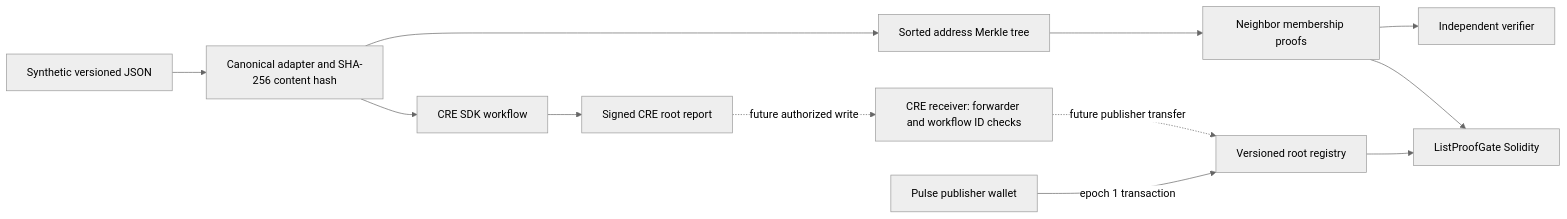
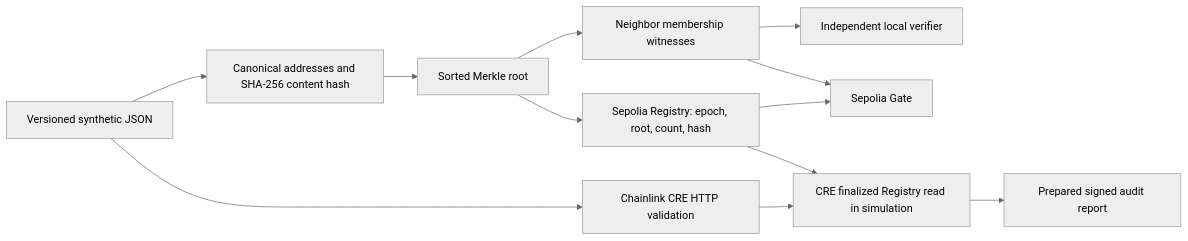
The first of 2 diagrams in README.md (chapaevv123/listproof), drawn with Mermaid (neutral theme) before and after one commit. The commit also changed other lines of this file and 17 other files, not shown here.

Commit message:
Ship verifiable ListProof evidence, CRE audit, and judge docs

````diff
--- a/README.md
+++ b/README.md
@@ -24,14 +19,14 @@
 ```mermaid
 flowchart LR
-  A[Synthetic versioned JSON] --> B[Canonical adapter and SHA-256 content hash]
-  B --> C[Sorted address Merkle tree]
-  C --> D[Neighbor membership proofs]
-  D --> E[Independent verifier]
-  D --> F[ListProofGate Solidity]
-  B --> G[CRE SDK workflow]
-  G --> H[Signed CRE root report]
-  H -. future authorized write .-> I[CRE receiver: forwarder and workflow ID checks]
-  I -. future publisher transfer .-> J[Versioned root registry]
-  P[Pulse publisher wallet] -->|epoch 1 transaction| J
-  J --> F
+  D[Versioned synthetic JSON] --> C[Canonical addresses and SHA-256 content hash]
+  C --> M[Sorted Merkle root]
+  M --> R[Sepolia Registry: epoch, root, count, hash]
+  M --> P[Neighbor membership witnesses]
+  P --> V[Independent local verifier]
+  P --> G[Sepolia Gate]
+  R --> G
+  D --> H[Chainlink CRE HTTP validation]
+  R --> A[CRE finalized Registry read in simulation]
+  H --> A
+  A --> S[Prepared signed audit report]
 ```
````
